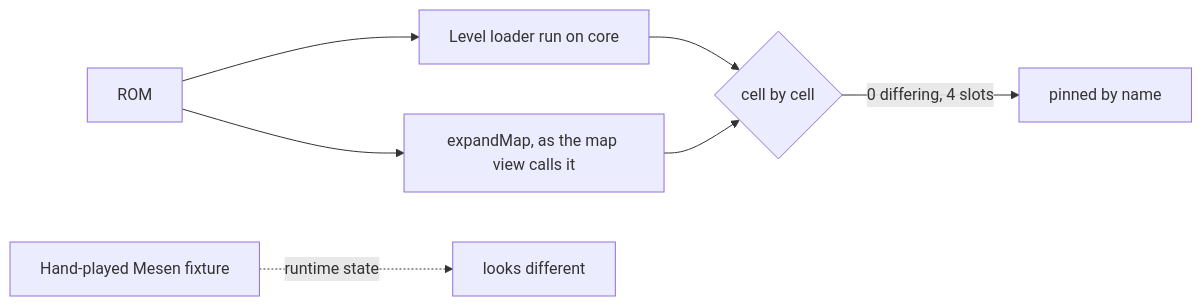
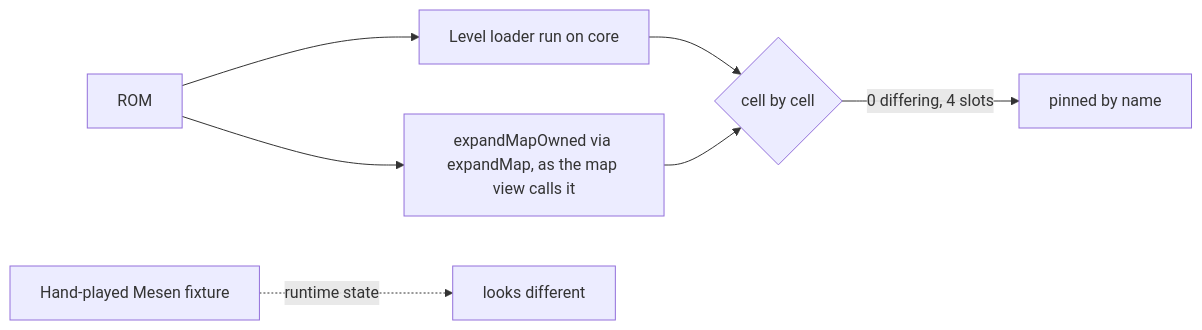
The diagram in docs/rom/map-diff-141-family.md (en-gen/hackbench), drawn with Mermaid before and after one commit. The commit also changed other lines of this file and 1 other file, not shown here.

````diff
--- a/docs/rom/map-diff-141-family.md
+++ b/docs/rom/map-diff-141-family.md
@@ -28,9 +28,9 @@
 ```mermaid
 flowchart LR
   A[ROM] --> B[Level loader run on core]
-  A --> C[expandMap, as the map view calls it]
+  A --> C[expandMapOwned via expandMap, as the map view calls it]
   B --> D{cell by cell}
   C --> D
   D -->|0 differing, 4 slots| E[pinned by name]
   F[Hand-played Mesen fixture] -.->|runtime state| G[looks different]
 ```
````
